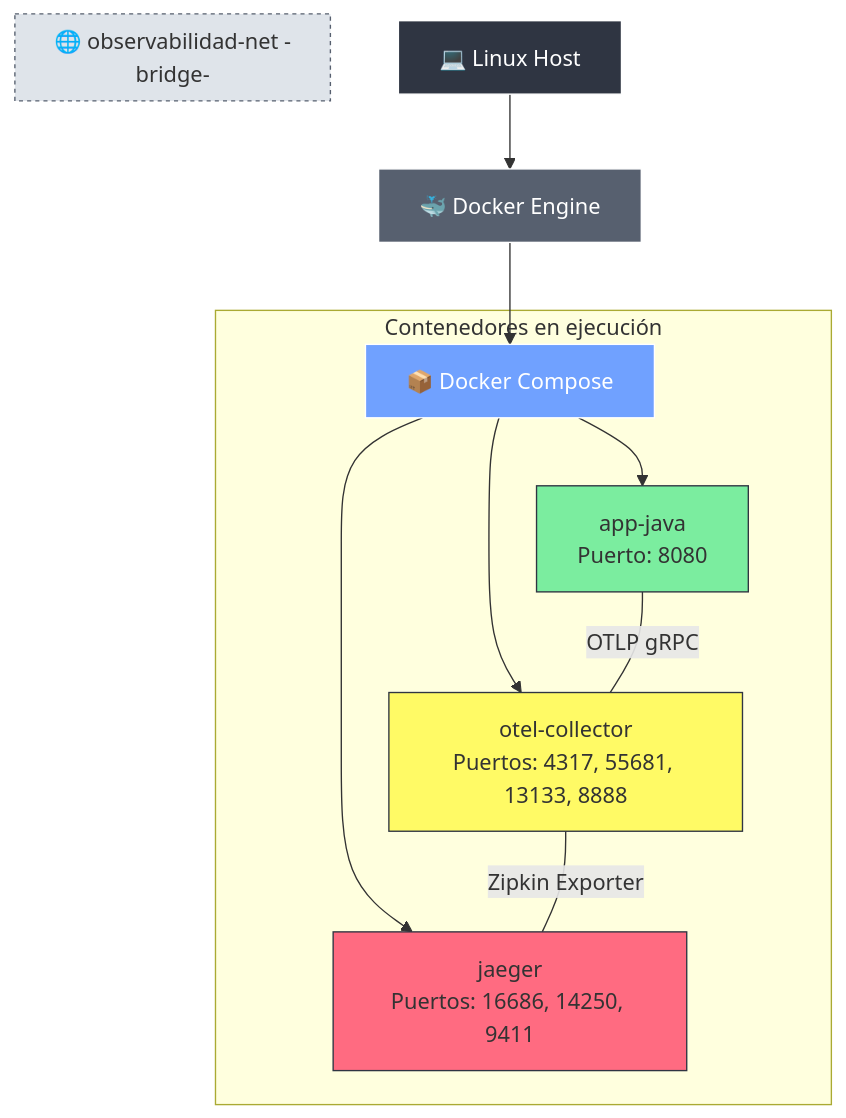
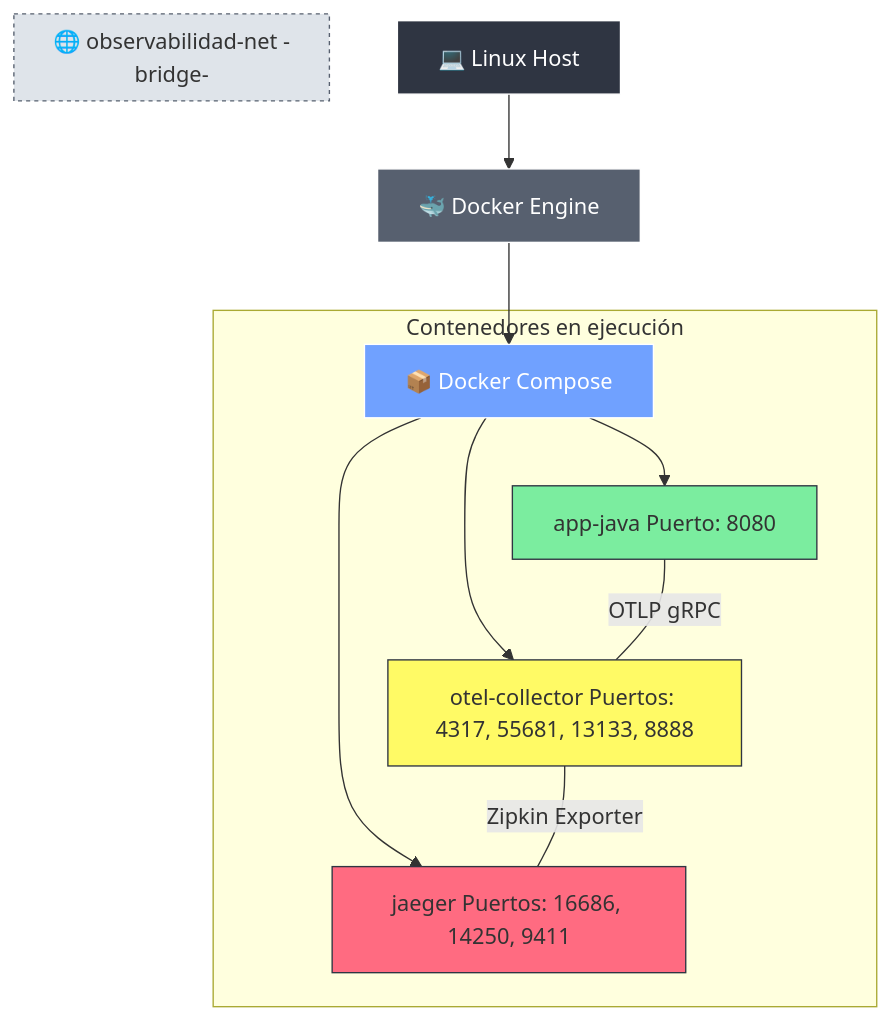
One commit to rugi/OTEL_Parte2 changed the diagram in Fase01/final/README.md. Above: the diagram before and after it, drawn with Mermaid.

Commit message:
Remove newline characters from container labels

````diff
--- a/Fase01/final/README.md
+++ b/Fase01/final/README.md
@@ -42,32 +42,32 @@
 ``` mermaid
 graph TD
     A[💻 Linux Host] --> B[🐳 Docker Engine]
     B --> C[📦 Docker Compose]
 
     %% Contenedores encima del Compose
     subgraph Containers [Contenedores en ejecución]
-        C --> D1[app-java\nPuerto: 8080]
-        C --> D2[otel-collector\nPuertos: 4317, 55681, 13133, 8888]
-        C --> D3[jaeger\nPuertos: 16686, 14250, 9411]
+        C --> D1[app-java Puerto: 8080]
+        C --> D2[otel-collector Puertos: 4317, 55681, 13133, 8888]
+        C --> D3[jaeger Puertos: 16686, 14250, 9411]
     end
 
     %% Conexiones de red internas
     D1 ---|OTLP gRPC| D2
     D2 ---|Zipkin Exporter| D3
 
     %% Red
     subgraph Network [🌐 observabilidad-net -bridge-]
         D1
         D2
         D3
     end
 
     %% Estilo visual
     style A fill:#2f3542,stroke:#fff,stroke-width:1px,color:#fff
     style B fill:#57606f,stroke:#fff,color:#fff
     style C fill:#70a1ff,stroke:#fff,color:#fff
     style D1 fill:#7bed9f,stroke:#2f3542
     style D2 fill:#fffa65,stroke:#2f3542
     style D3 fill:#ff6b81,stroke:#2f3542
     style Network fill:#dfe4ea,stroke:#57606f,stroke-dasharray:3 3
 ```
````
